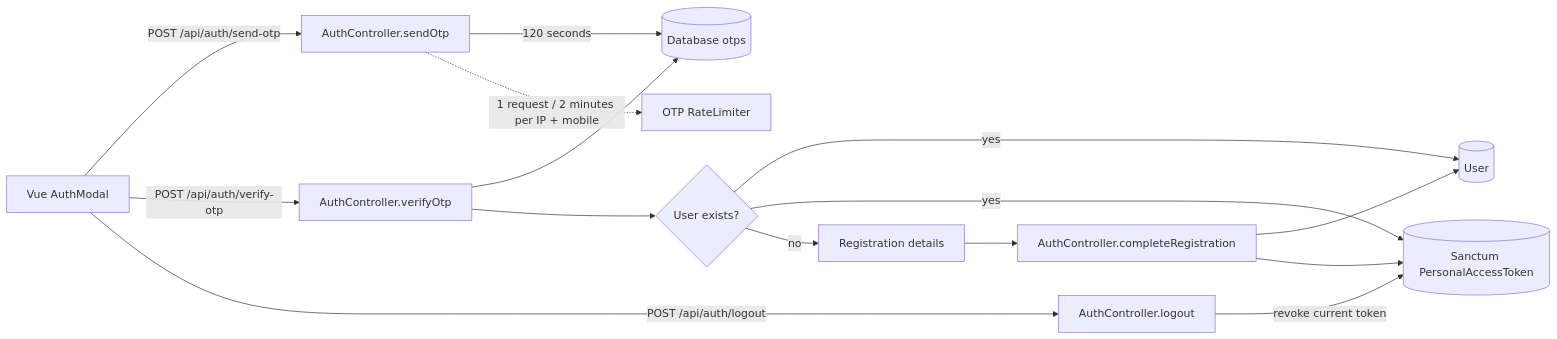
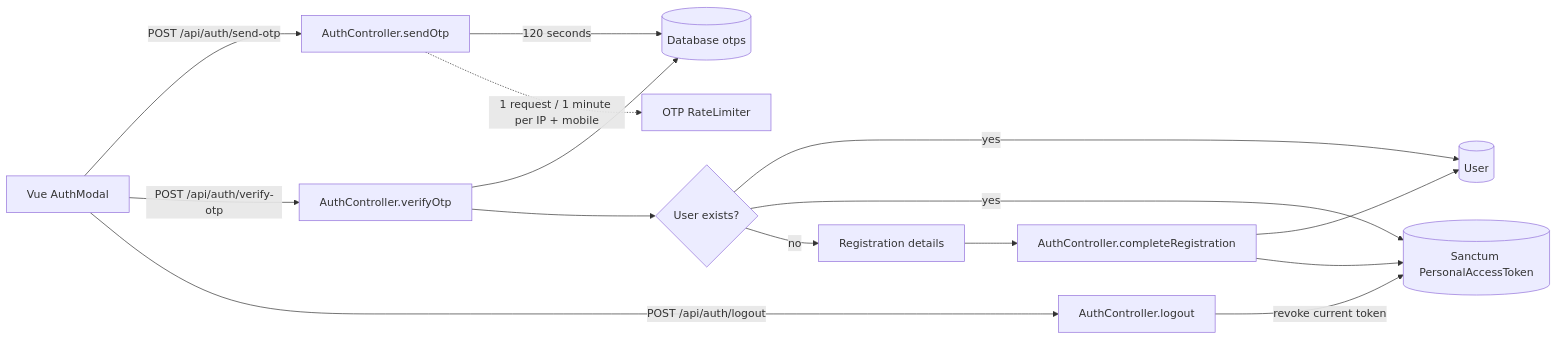
Before and after one commit to MehdiHatefia/doosdaaramabkosdinaro: the second of 18 diagrams in docs/architecture.md, drawn with Mermaid. The commit also changed other lines of this file and 7 other files, not shown here.

````diff
--- a/docs/architecture.md
+++ b/docs/architecture.md
@@ -88,17 +88,17 @@
 ```mermaid
 flowchart LR
     Client[Vue AuthModal] -->|POST /api/auth/send-otp| Send[AuthController.sendOtp]
     Send -->|120 seconds| OTP[(Database otps)]
     Client -->|POST /api/auth/verify-otp| Verify[AuthController.verifyOtp]
     Verify --> OTP
     Verify --> Existing{User exists?}
     Existing -->|yes| User[(User)]
     Existing -->|yes| Token[(Sanctum PersonalAccessToken)]
     Existing -->|no| Details[Registration details]
     Details --> Complete[AuthController.completeRegistration]
     Complete --> User
     Complete --> Token
     Client -->|POST /api/auth/logout| Logout[AuthController.logout]
     Logout -->|revoke current token| Token
-    Send -.->|1 request / 2 minutes per IP + mobile| Limiter[OTP RateLimiter]
+    Send -.->|1 request / 1 minute per IP + mobile| Limiter[OTP RateLimiter]
 ```
````
